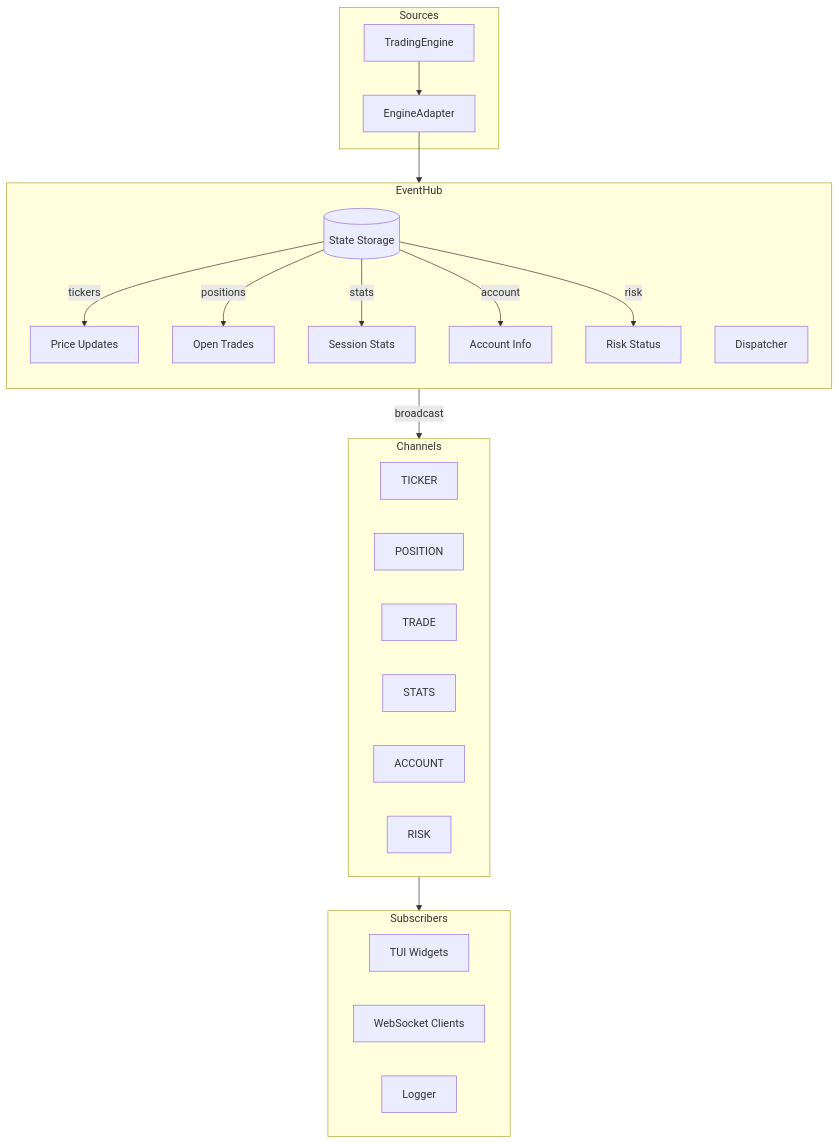
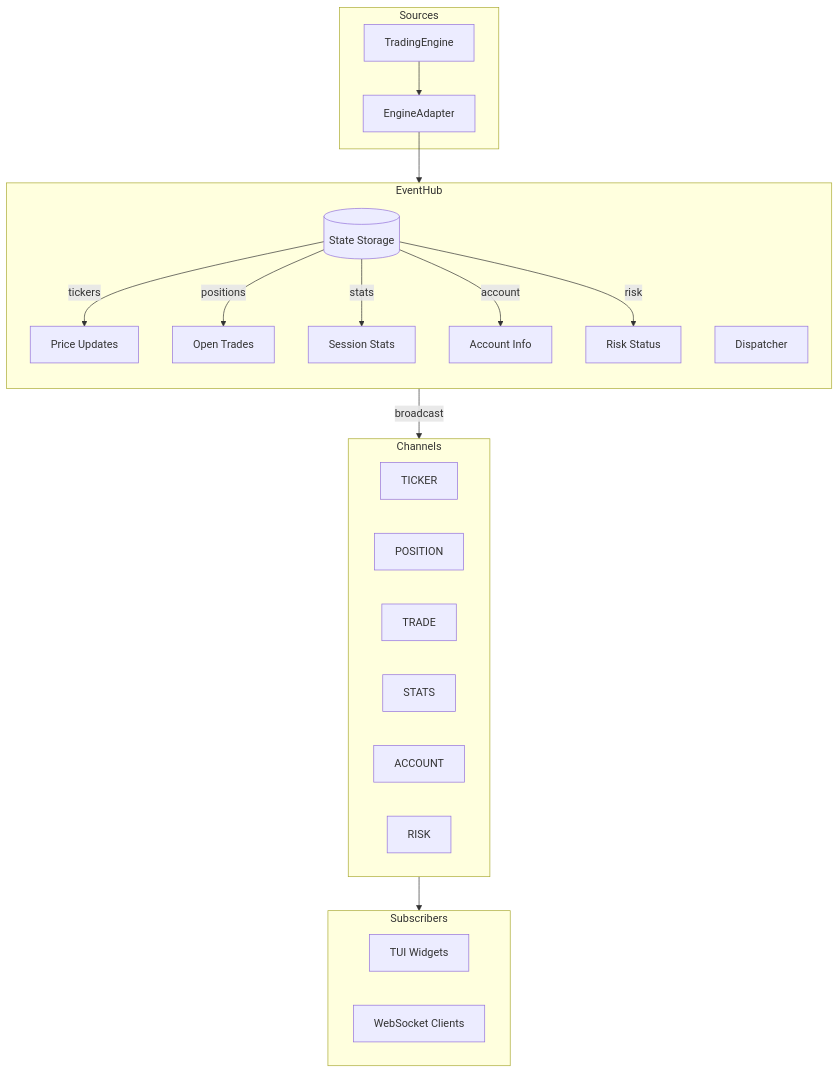
Before and after one commit to maktoufzied/tradingbot: the eighth of 17 diagrams in ARCHITECTURE.md, drawn with Mermaid. The commit also changed other lines of this file and 9 other files, not shown here.

````diff
--- a/ARCHITECTURE.md
+++ b/ARCHITECTURE.md
@@ -298,39 +298,38 @@
 ```mermaid
 flowchart TB
     subgraph Sources
         Engine[TradingEngine] --> Adapter[EngineAdapter]
     end
 
     Adapter --> Hub[EventHub]
 
     subgraph Hub[EventHub]
         direction TB
         State[(State Storage)]
         Dispatch[Dispatcher]
 
         State --> |tickers| T[Price Updates]
         State --> |positions| P[Open Trades]
         State --> |stats| S[Session Stats]
         State --> |account| A[Account Info]
         State --> |risk| R[Risk Status]
     end
 
     Hub --> |broadcast| Channels
 
     subgraph Channels
         CH1[TICKER]
         CH2[POSITION]
         CH3[TRADE]
         CH4[STATS]
         CH5[ACCOUNT]
         CH6[RISK]
     end
 
     Channels --> Subscribers
 
     subgraph Subscribers
         TUI[TUI Widgets]
         WS[WebSocket Clients]
-        Log[Logger]
     end
 ```
````
